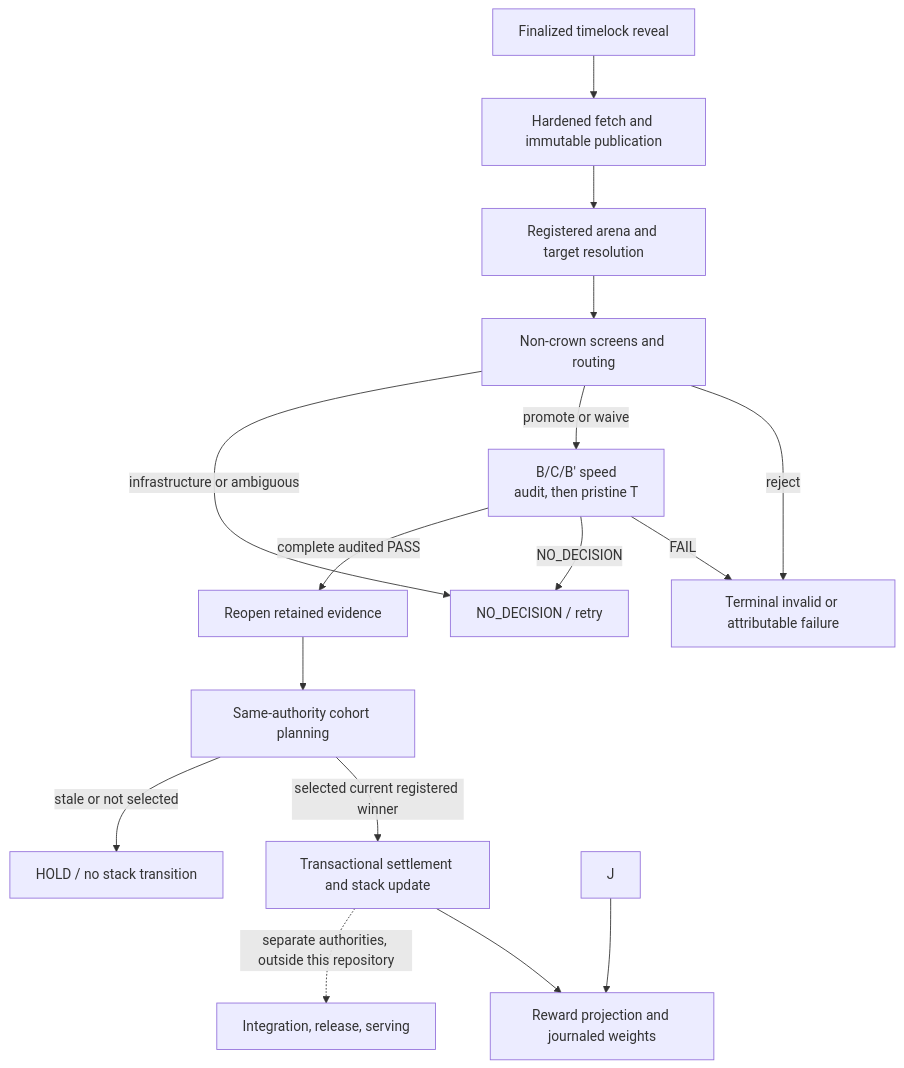
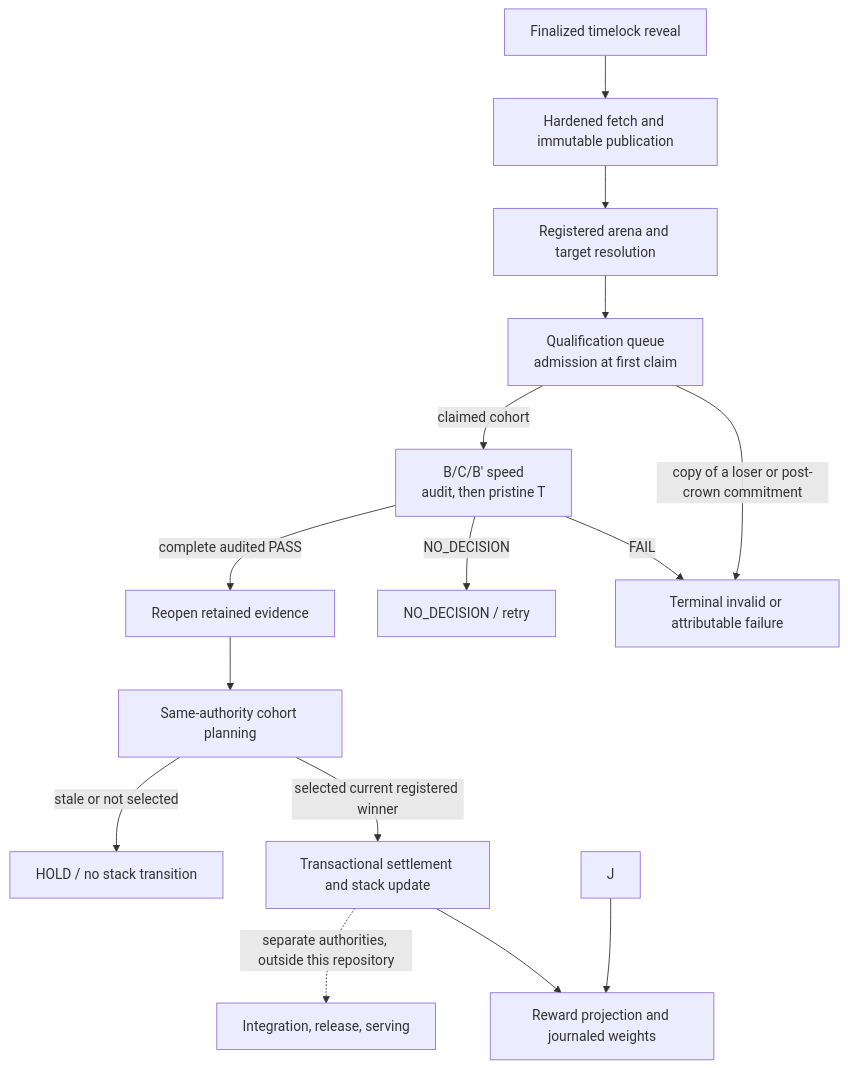
The diagram in docs/architecture/pipeline.md (latent-to/cacheon), drawn with Mermaid before and after one commit. The commit also changed other lines of this file and 30 other files, not shown here.

````diff
--- a/docs/architecture/pipeline.md
+++ b/docs/architecture/pipeline.md
@@ -33,18 +33,17 @@
 ```mermaid
 flowchart TD
     A["Finalized timelock reveal"] --> B["Hardened fetch and immutable publication"]
     B --> C["Registered arena and target resolution"]
-    C --> D["Non-crown screens and routing"]
-    D -->|"reject"| F["Terminal invalid or attributable failure"]
-    D -->|"promote or waive"| Q["B/C/B′ speed<br/>audit, then pristine T"]
-    D -->|"infrastructure or ambiguous"| N["NO_DECISION / retry"]
+    C --> D["Qualification queue<br/>admission at first claim"]
+    D -->|"copy of a loser or post-crown commitment"| F["Terminal invalid or attributable failure"]
+    D -->|"claimed cohort"| Q["B/C/B′ speed<br/>audit, then pristine T"]
     Q -->|"FAIL"| F
-    Q -->|"NO_DECISION"| N
+    Q -->|"NO_DECISION"| N["NO_DECISION / retry"]
     Q -->|"complete audited PASS"| S["Reopen retained evidence"]
     S --> G["Same-authority cohort planning"]
     G -->|"selected current registered winner"| T["Transactional settlement and stack update"]
     G -->|"stale or not selected"| H["HOLD / no stack transition"]
     T --> W["Reward projection and journaled weights"]
     J --> W
     T -. "separate authorities, outside this repository" .-> I["Integration, release, serving"]
 ```
````
